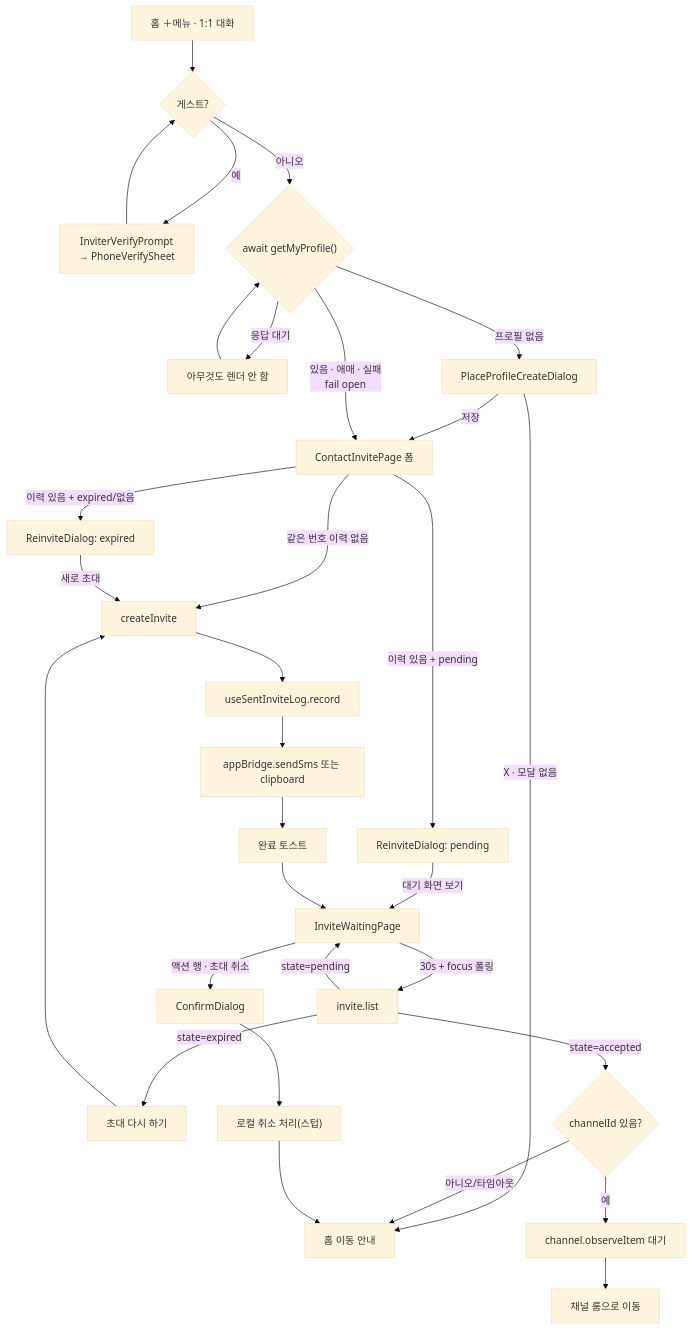
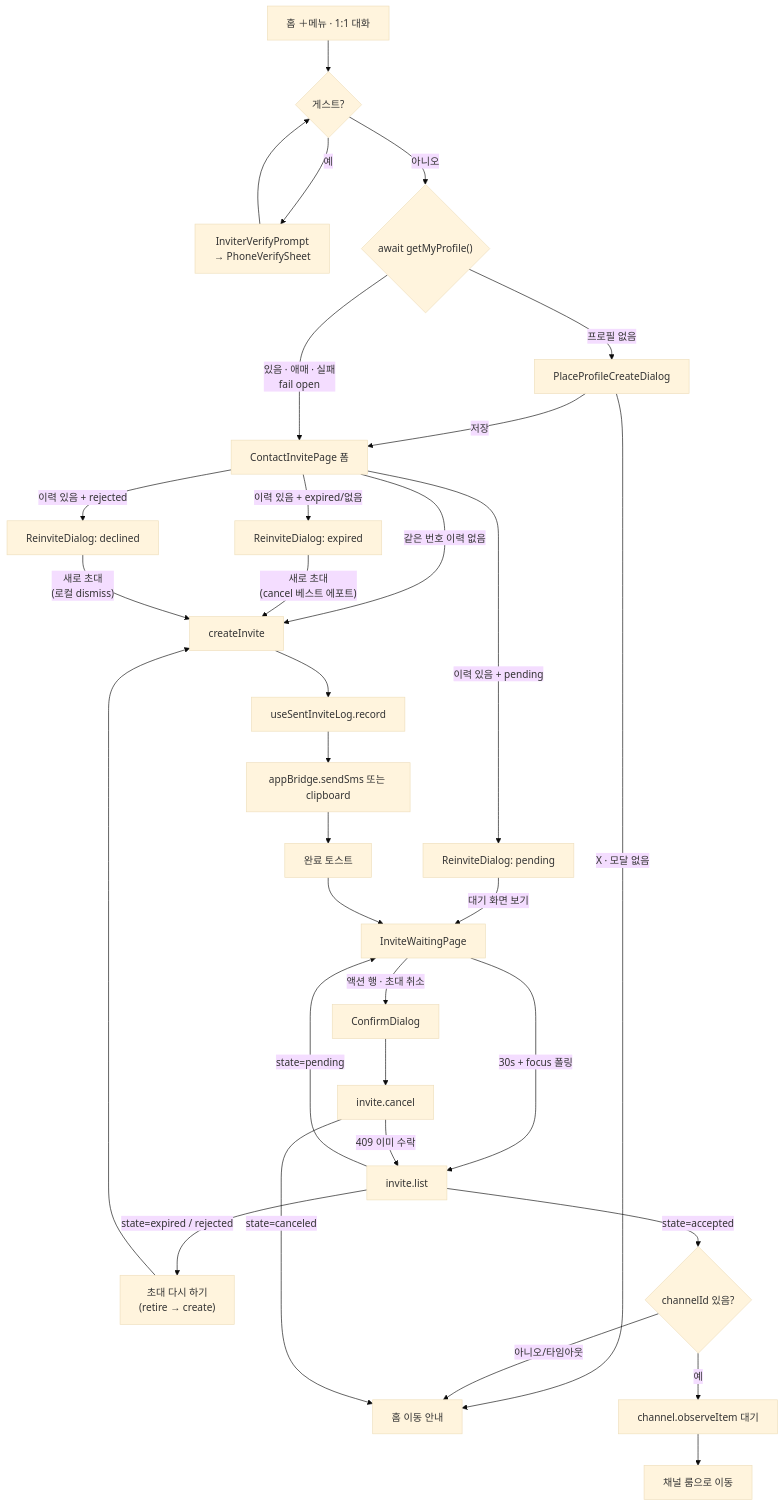
The first of 2 diagrams in apps/web/docs/feature/invite/relay-invite-sender.md (lemoncloud-io/dou-app), drawn with Mermaid (base theme) before and after one commit. The commit also changed other lines of this file and 68 other files, not shown here.

First line of the commit message:
feat(web/invite): adopt real cancel/reject and support international phone numbers

````diff
--- a/apps/web/docs/feature/invite/relay-invite-sender.md
+++ b/apps/web/docs/feature/invite/relay-invite-sender.md
@@ -150,27 +198,28 @@
 ```mermaid
 flowchart TD
     A["홈 ＋메뉴 · 1:1 대화"] --> G1{게스트?}
     G1 -->|예| V["InviterVerifyPrompt<br/>→ PhoneVerifySheet"] --> G1
     G1 -->|아니오| G2{"await getMyProfile()"}
-    G2 -->|응답 대기| WAIT["아무것도 렌더 안 함"] --> G2
     G2 -->|프로필 없음| P[PlaceProfileCreateDialog]
     P -->|저장| B
     P -->|X · 모달 없음| HOME
     G2 -->|있음 · 애매 · 실패<br/>fail open| B[ContactInvitePage 폼]
     B -->|같은 번호 이력 없음| C[createInvite]
     B -->|이력 있음 + pending| D1[ReinviteDialog: pending]
     B -->|이력 있음 + expired/없음| D2[ReinviteDialog: expired]
+    B -->|이력 있음 + rejected| D3[ReinviteDialog: declined]
     D1 -->|대기 화면 보기| W[InviteWaitingPage]
-    D2 -->|새로 초대| C
+    D2 -->|"새로 초대<br/>(cancel 베스트 에포트)"| C
+    D3 -->|"새로 초대<br/>(로컬 dismiss)"| C
     C --> R[useSentInviteLog.record]
     R --> S[appBridge.sendSms 또는 clipboard]
-    S --> T[완료 토스트]
-    T --> W
+    S --> T[완료 토스트] --> W
     W -->|30s + focus 폴링| L[invite.list]
     L -->|state=pending| W
-    L -->|state=expired| E[초대 다시 하기] --> C
+    L -->|state=expired / rejected| E["초대 다시 하기<br/>(retire → create)"] --> C
     L -->|state=accepted| CH{channelId 있음?}
     CH -->|예| SYNC[channel.observeItem 대기] --> ROOM[채널 룸으로 이동]
     CH -->|아니오/타임아웃| HOME[홈 이동 안내]
-    W -->|액션 행 · 초대 취소| CANCEL[ConfirmDialog] --> STUB["로컬 취소 처리(스텁)"] --> HOME
+    W -->|액션 행 · 초대 취소| CANCEL[ConfirmDialog] --> API["invite.cancel"] -->|state=canceled| HOME
+    API -->|409 이미 수락| L
 ```
````
